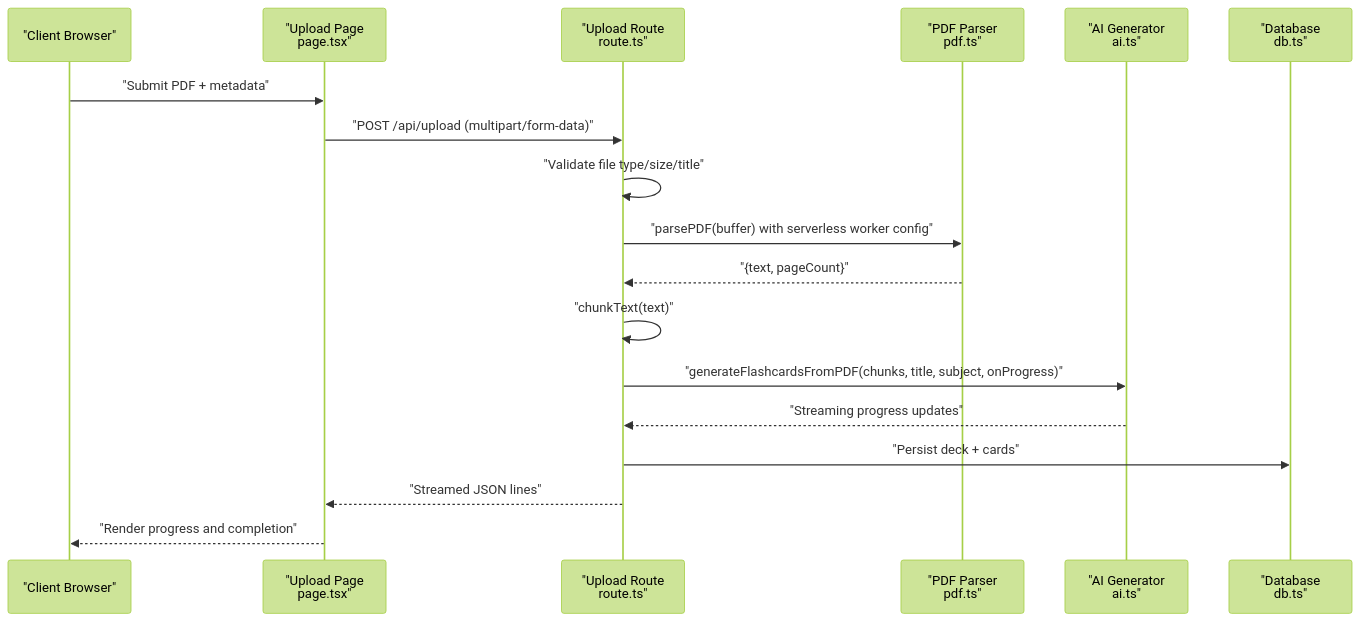
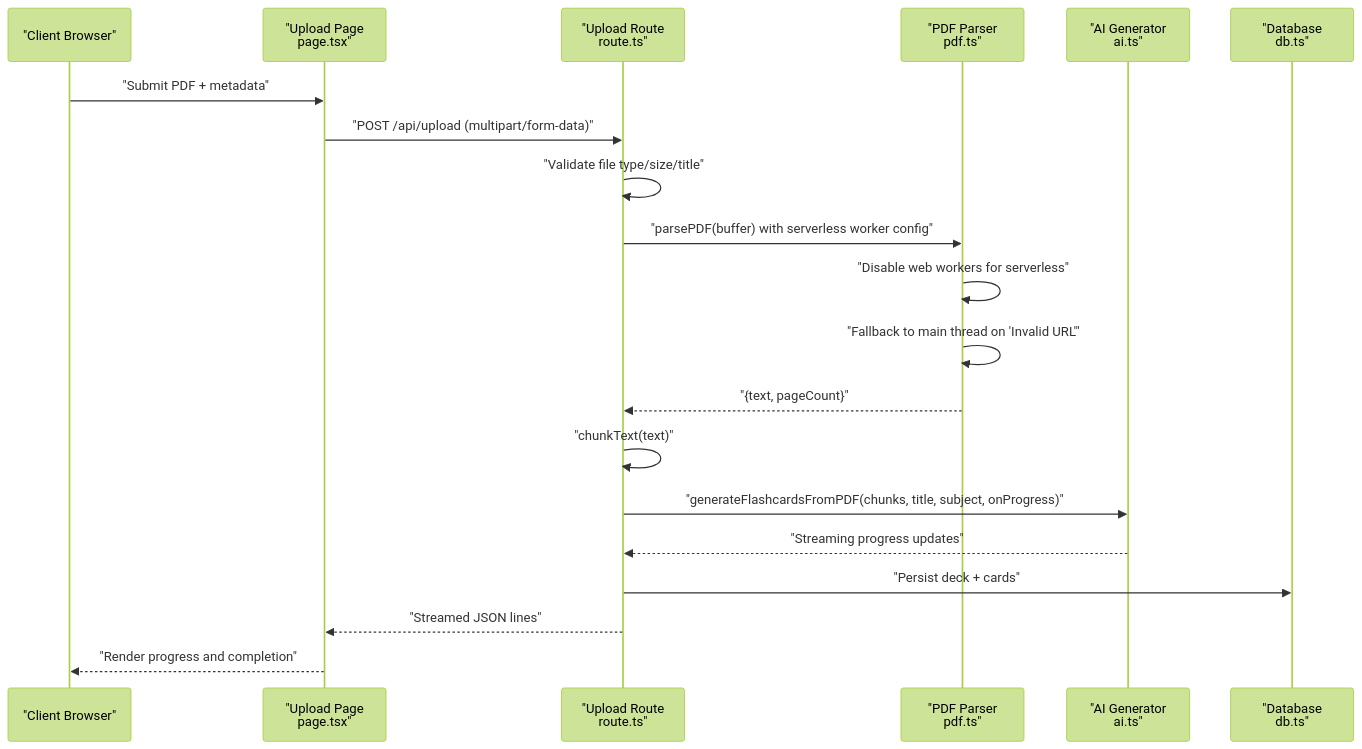
One commit to nitish-niraj/cumathassignment changed the second of 4 diagrams in .qoder/repowiki/en/content/Core Features/PDF Upload and Processing.md. Above: the diagram before and after it, drawn with Mermaid (forest theme). The commit also changed other lines of this file and 11 other files, not shown here.

````diff
--- a/.qoder/repowiki/en/content/Core Features/PDF Upload and Processing.md
+++ b/.qoder/repowiki/en/content/Core Features/PDF Upload and Processing.md
@@ -118,20 +125,22 @@
 ```mermaid
 sequenceDiagram
 participant Client as "Client Browser"
 participant UI as "Upload Page<br/>page.tsx"
 participant API as "Upload Route<br/>route.ts"
 participant PDF as "PDF Parser<br/>pdf.ts"
 participant AI as "AI Generator<br/>ai.ts"
 participant DB as "Database<br/>db.ts"
 Client->>UI : "Submit PDF + metadata"
 UI->>API : "POST /api/upload (multipart/form-data)"
 API->>API : "Validate file type/size/title"
 API->>PDF : "parsePDF(buffer) with serverless worker config"
+PDF->>PDF : "Disable web workers for serverless"
+PDF->>PDF : "Fallback to main thread on 'Invalid URL'"
 PDF-->>API : "{text, pageCount}"
 API->>API : "chunkText(text)"
 API->>AI : "generateFlashcardsFromPDF(chunks, title, subject, onProgress)"
 AI-->>API : "Streaming progress updates"
 API->>DB : "Persist deck + cards"
 API-->>UI : "Streamed JSON lines"
 UI-->>Client : "Render progress and completion"
 ```
````
